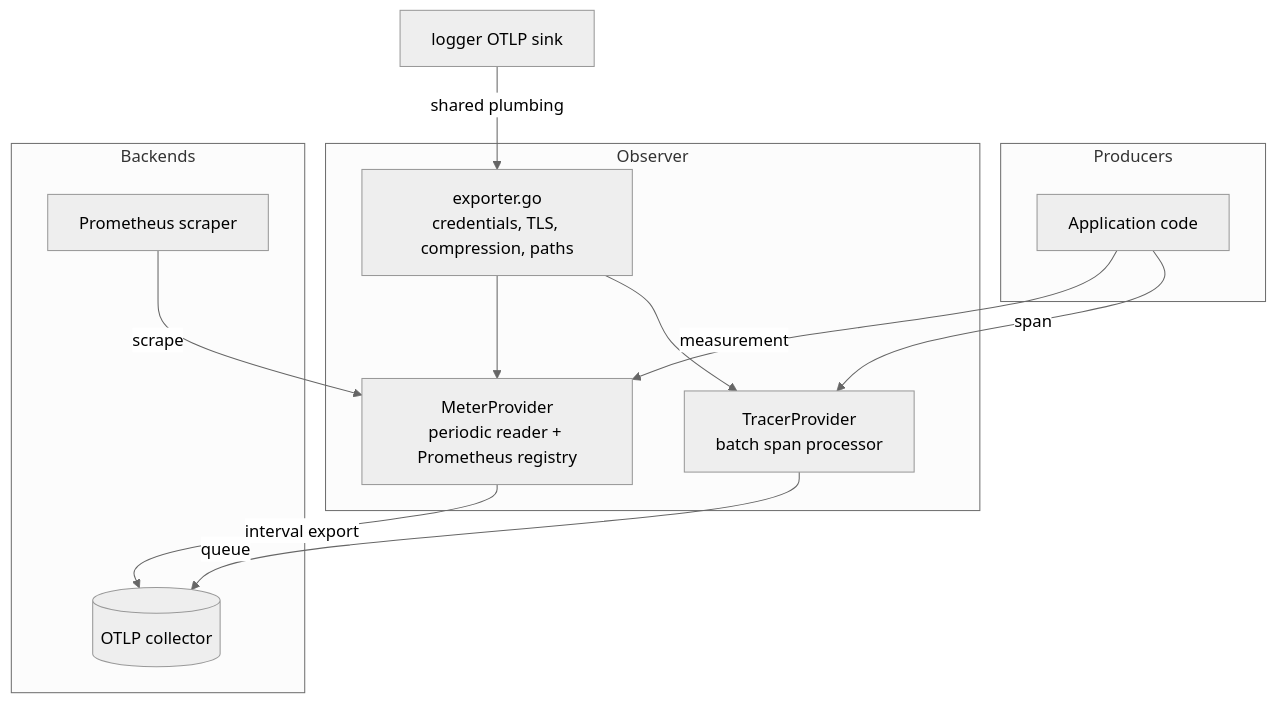
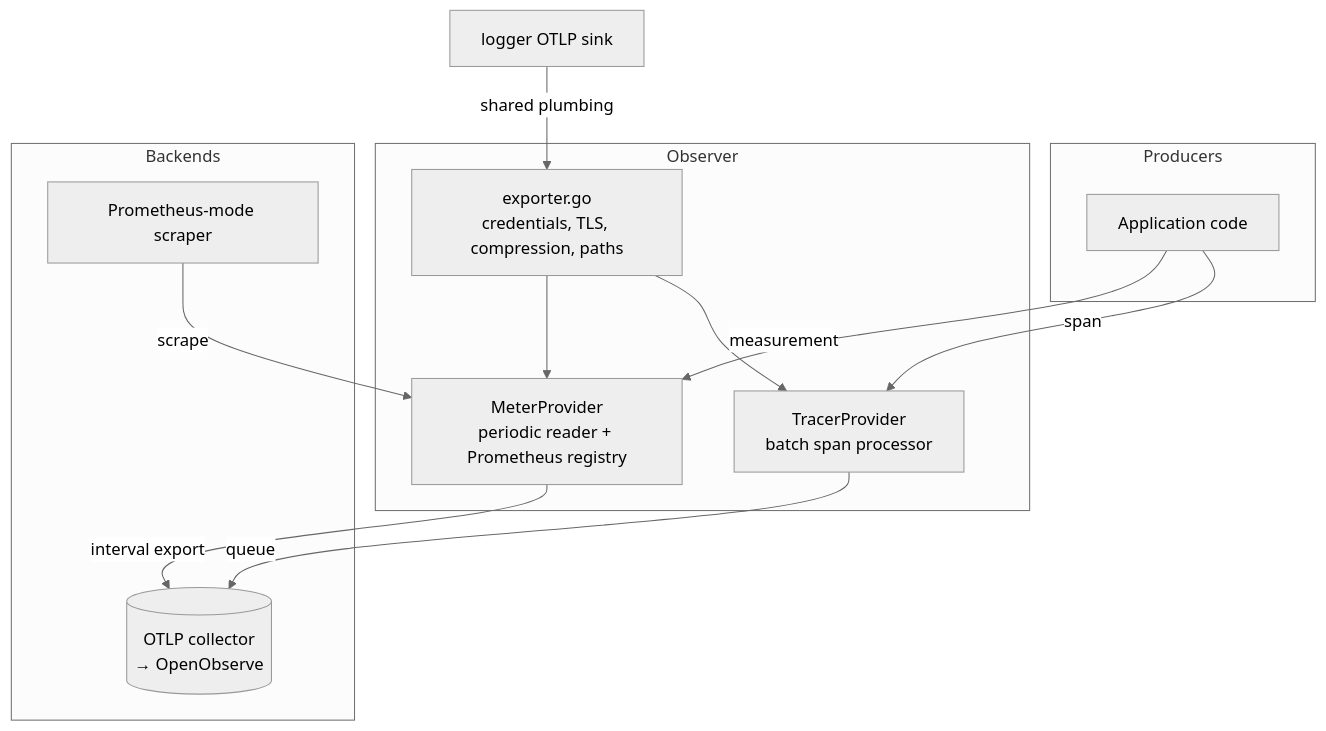
The diagram in internal/observer/README.md (riipandi/saka), drawn with Mermaid (neutral theme) before and after one commit. The commit also changed other lines of this file and 35 other files, not shown here.

Commit message:
feat(observability): replace the Victoria/Perses stack with OpenObserve + OTel collector

````diff
--- a/internal/observer/README.md
+++ b/internal/observer/README.md
@@ -45,26 +45,26 @@
 ```mermaid
 flowchart TB
     subgraph Producers
         CODE[Application code]
     end
 
     subgraph Observer
         TP[TracerProvider\nbatch span processor]
         MP[MeterProvider\nperiodic reader + Prometheus registry]
         EX[exporter.go\ncredentials, TLS, compression, paths]
     end
 
     subgraph Backends
-        COL[(OTLP collector)]
-        PROM[Prometheus scraper]
+        COL[(OTLP collector\n→ OpenObserve)]
+        PROM[Prometheus-mode scraper]
     end
 
     CODE -->|span| TP
     CODE -->|measurement| MP
     TP -->|queue| COL
     MP -->|interval export| COL
     PROM -->|scrape| MP
     LOG[logger OTLP sink] -->|shared plumbing| EX
     EX --> TP
     EX --> MP
 ```
````
